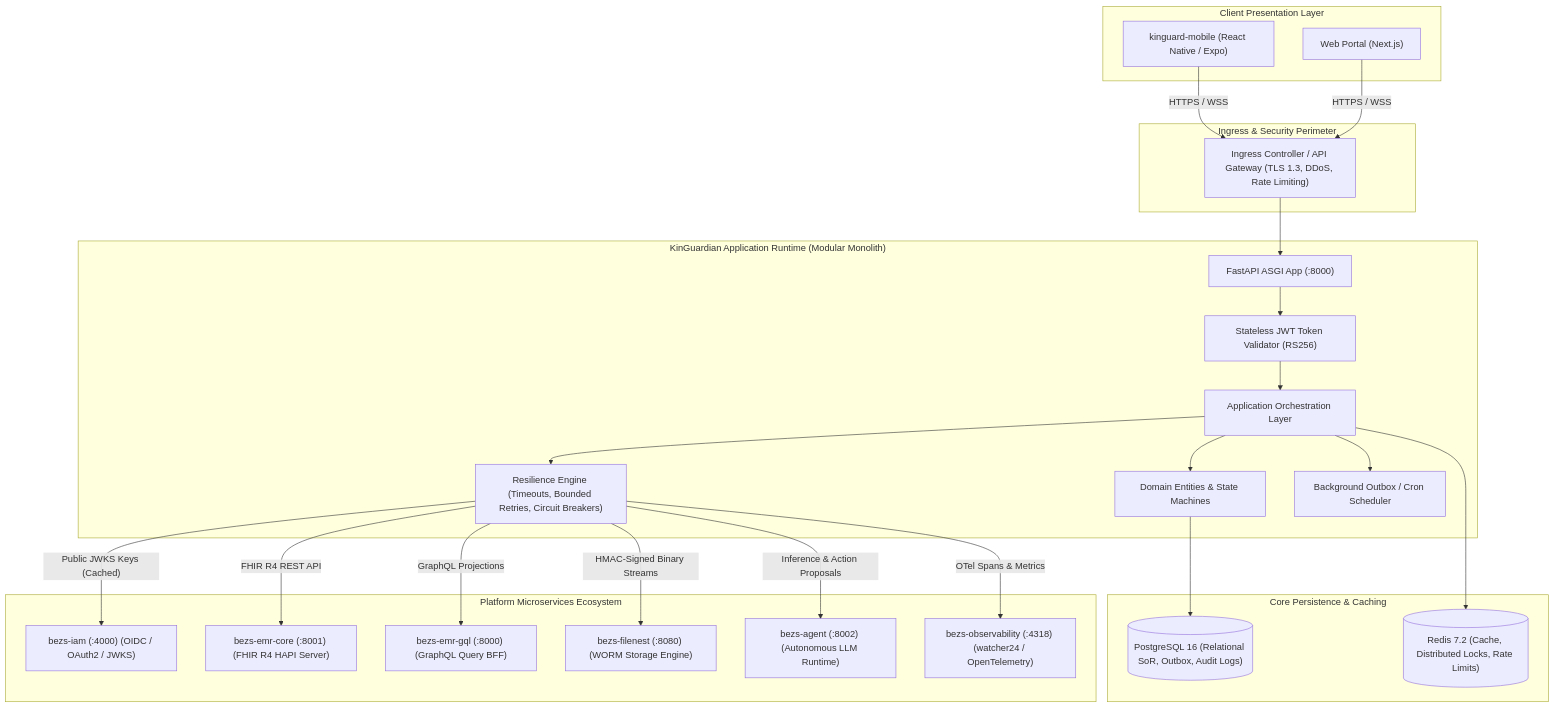
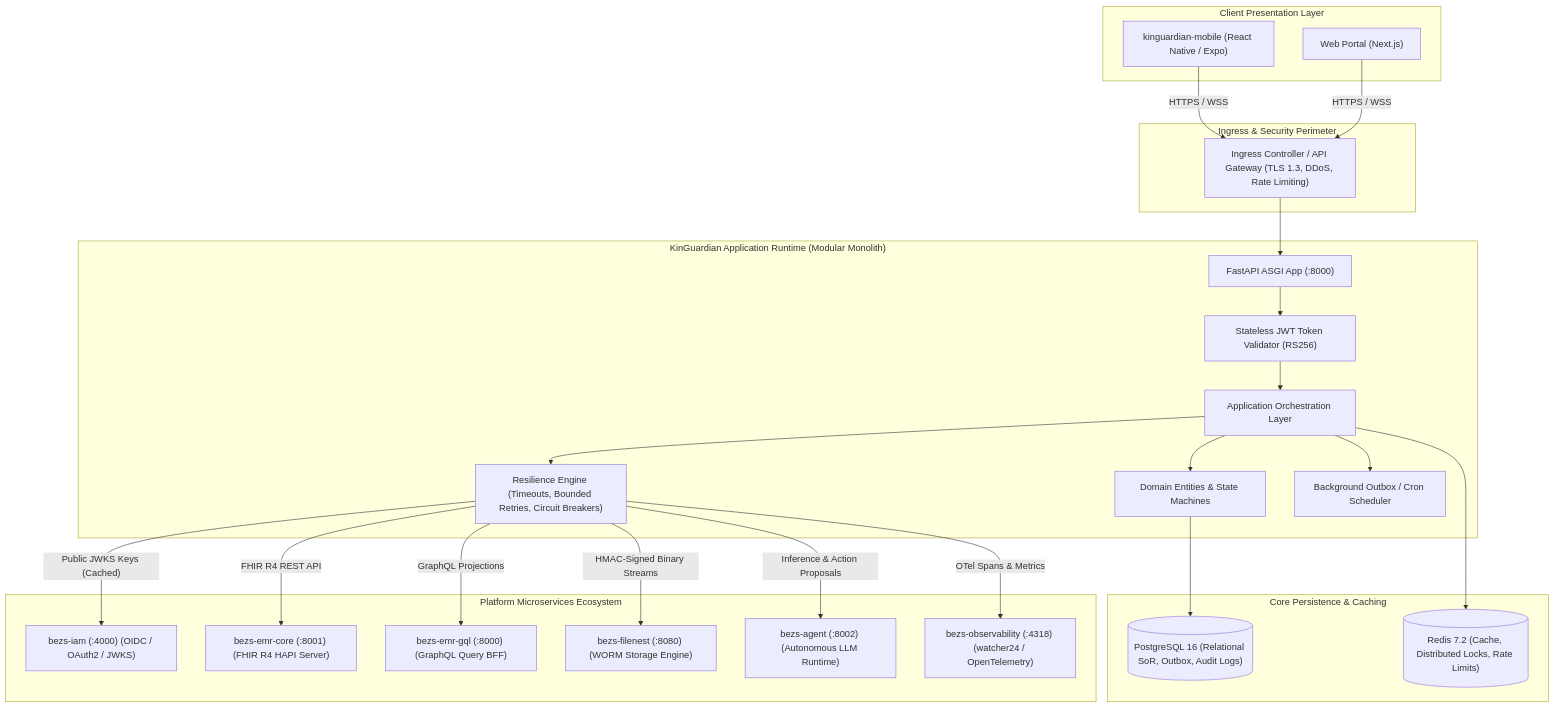
One commit to OpenHealthAgents/kinguardian-platform changed the first of 5 diagrams in ARCHITECTURE.md. Above: the diagram before and after it, drawn with Mermaid. The commit also changed other lines of this file and 188 other files, not shown here.

Commit message:
feat(branding): finalize KinGuardian rename across all architecture docs, tests, and configs

````diff
--- a/ARCHITECTURE.md
+++ b/ARCHITECTURE.md
@@ -54,56 +54,56 @@
 ```mermaid
 graph TB
     subgraph Client_Layer ["Client Presentation Layer"]
-        MobileApp["kinguard-mobile (React Native / Expo)"]
+        MobileApp["kinguardian-mobile (React Native / Expo)"]
         WebApp["Web Portal (Next.js)"]
     end
 
 
     subgraph Edge_Routing ["Ingress & Security Perimeter"]
         Ingress["Ingress Controller / API Gateway (TLS 1.3, DDoS, Rate Limiting)"]
     end
 
     subgraph KinGuardian_Container ["KinGuardian Application Runtime (Modular Monolith)"]
         FastAPI["FastAPI ASGI App (:8000)"]
         AuthMiddleware["Stateless JWT Token Validator (RS256)"]
         AppServices["Application Orchestration Layer"]
         DomainLayer["Domain Entities & State Machines"]
         ResilienceEngine["Resilience Engine (Timeouts, Bounded Retries, Circuit Breakers)"]
         OutboxWorker["Background Outbox / Cron Scheduler"]
     end
 
 
     subgraph Internal_Persistence ["Core Persistence & Caching"]
         PostgreSQL[("PostgreSQL 16 (Relational SoR, Outbox, Audit Logs)")]
         RedisCache[("Redis 7.2 (Cache, Distributed Locks, Rate Limits)")]
     end
 
     subgraph External_Ecosystem ["Platform Microservices Ecosystem"]
         IAM["bezs-iam (:4000) (OIDC / OAuth2 / JWKS)"]
         EMR_Core["bezs-emr-core (:8001) (FHIR R4 HAPI Server)"]
         EMR_GQL["bezs-emr-gql (:8000) (GraphQL Query BFF)"]
         FileNest["bezs-filenest (:8080) (WORM Storage Engine)"]
         AgentService["bezs-agent (:8002) (Autonomous LLM Runtime)"]
         Observability["bezs-observability (:4318) (watcher24 / OpenTelemetry)"]
     end
 
     MobileApp -->|HTTPS / WSS| Ingress
     WebApp -->|HTTPS / WSS| Ingress
     Ingress --> FastAPI
 
     FastAPI --> AuthMiddleware
     AuthMiddleware --> AppServices
     AppServices --> DomainLayer
     AppServices --> ResilienceEngine
     AppServices --> OutboxWorker
 
     DomainLayer --> PostgreSQL
     AppServices --> RedisCache
 
     ResilienceEngine -->|"Public JWKS Keys (Cached)"| IAM
     ResilienceEngine -->|"FHIR R4 REST API"| EMR_Core
     ResilienceEngine -->|"GraphQL Projections"| EMR_GQL
     ResilienceEngine -->|"HMAC-Signed Binary Streams"| FileNest
     ResilienceEngine -->|"Inference & Action Proposals"| AgentService
     ResilienceEngine -->|"OTel Spans & Metrics"| Observability
 ```
````
